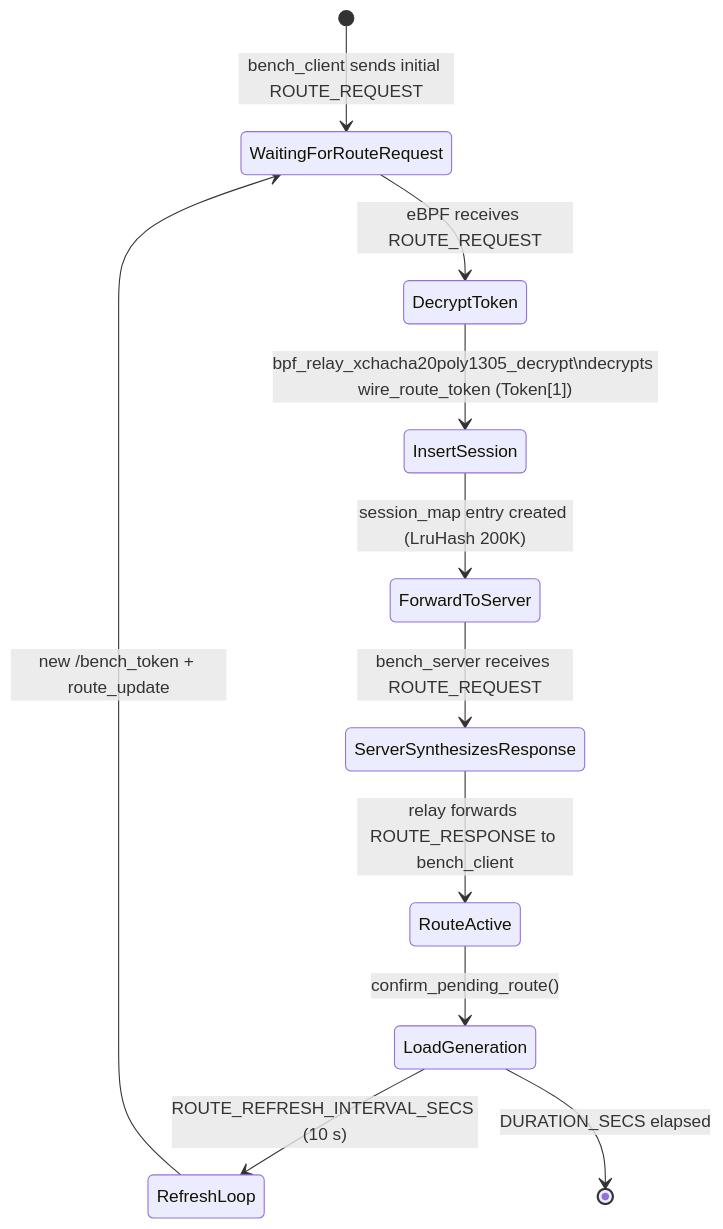
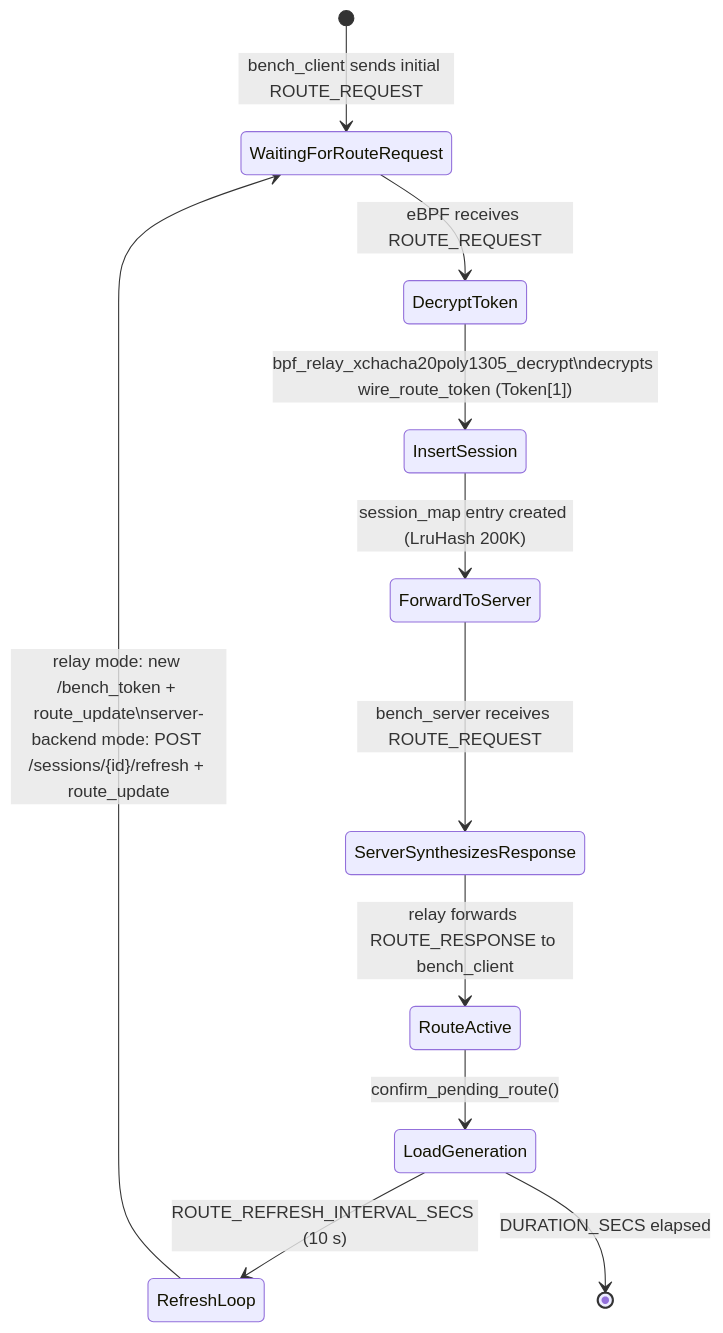
One commit to brianpht/relay-xdp changed the sixth of 6 diagrams in relay-bench/README.md. Above: the diagram before and after it, drawn with Mermaid. The commit also changed other lines of this file and 1 other file, not shown here.

Commit message:
docs(README): update server-backend mode documentation and usage examples

````diff
--- a/relay-bench/README.md
+++ b/relay-bench/README.md
@@ -340,13 +472,13 @@
 ```mermaid
 stateDiagram-v2
   [*] --> WaitingForRouteRequest : bench_client sends initial ROUTE_REQUEST
   WaitingForRouteRequest --> DecryptToken : eBPF receives ROUTE_REQUEST
   DecryptToken --> InsertSession : bpf_relay_xchacha20poly1305_decrypt\ndecrypts wire_route_token (Token[1])
   InsertSession --> ForwardToServer : session_map entry created (LruHash 200K)
   ForwardToServer --> ServerSynthesizesResponse : bench_server receives ROUTE_REQUEST
   ServerSynthesizesResponse --> RouteActive : relay forwards ROUTE_RESPONSE to bench_client
   RouteActive --> LoadGeneration : confirm_pending_route()
   LoadGeneration --> RefreshLoop : ROUTE_REFRESH_INTERVAL_SECS (10 s)
-  RefreshLoop --> WaitingForRouteRequest : new /bench_token + route_update
+  RefreshLoop --> WaitingForRouteRequest : relay mode: new /bench_token + route_update\nserver-backend mode: POST /sessions/{id}/refresh + route_update
   LoadGeneration --> [*] : DURATION_SECS elapsed
 ```
````
